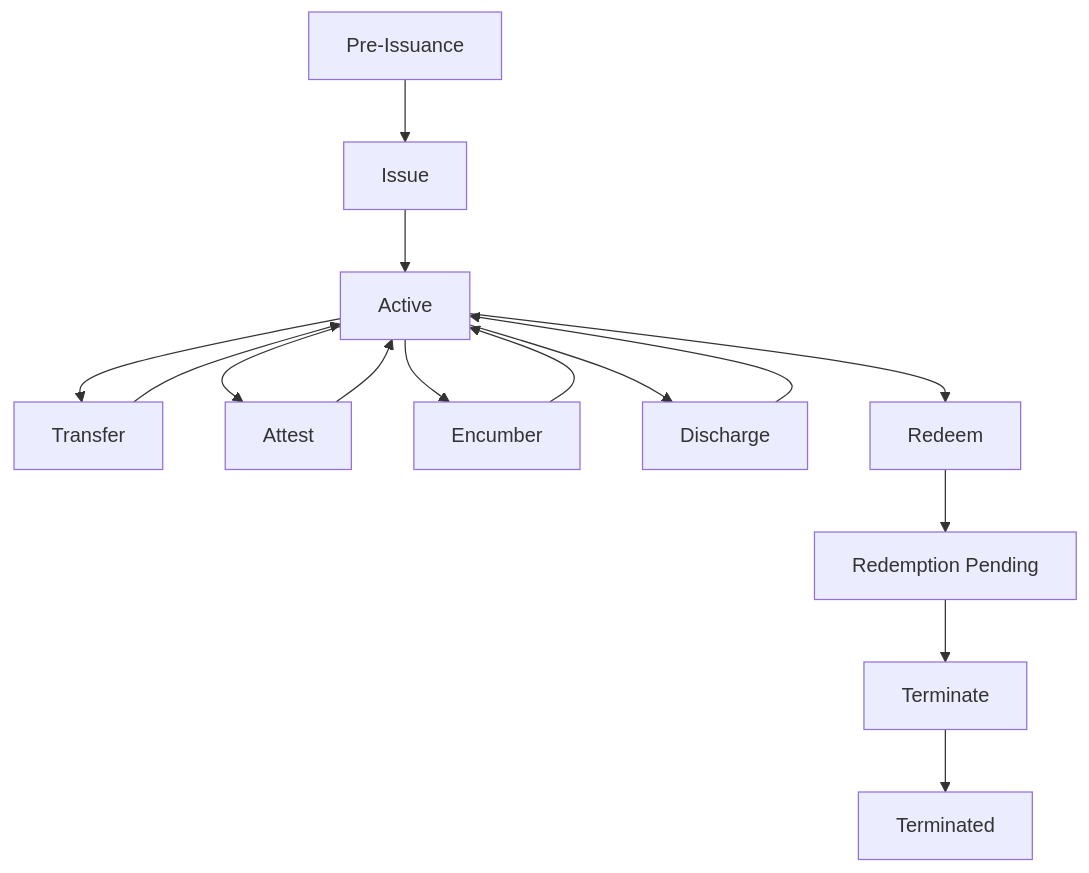
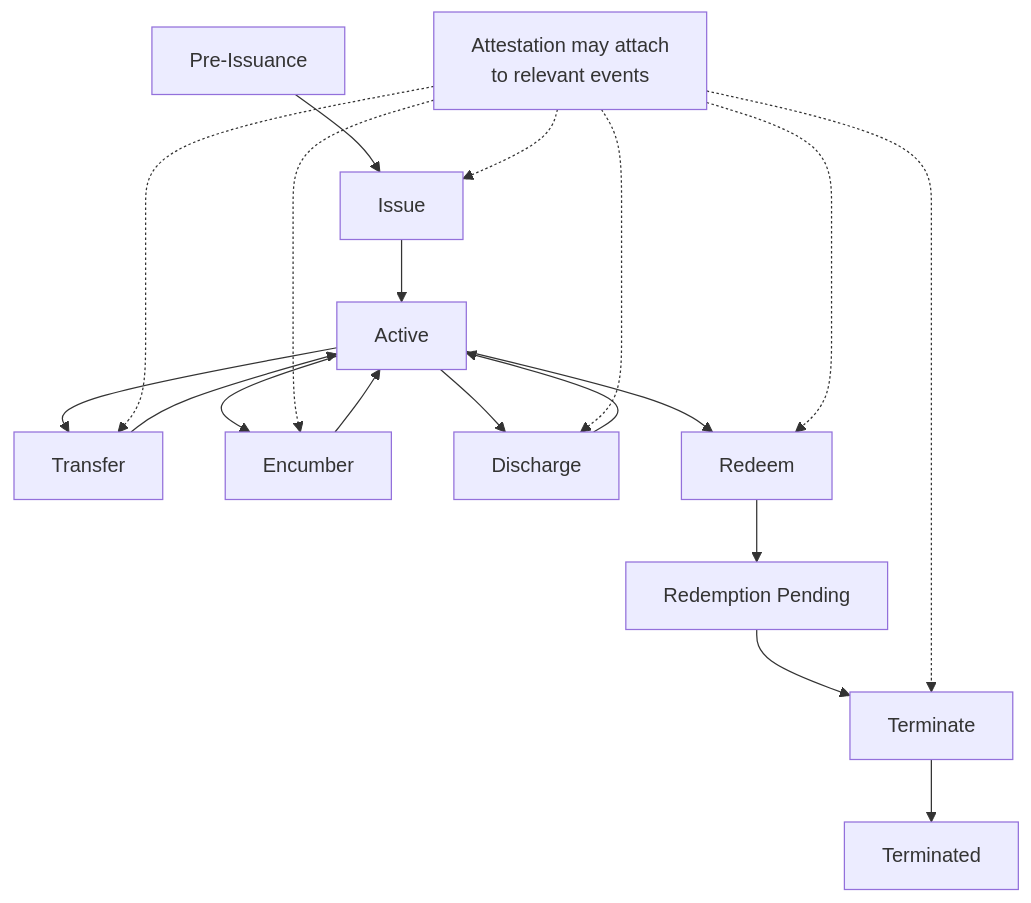
One commit to trbouma/openetr changed the fifth of 7 diagrams in docs/specs/CANONICAL_ETR_TRANSACTION_INFOGRAPHIC.md. Above: the diagram before and after it, drawn with Mermaid. The commit also changed other lines of this file, not shown here.

````diff
--- a/docs/specs/CANONICAL_ETR_TRANSACTION_INFOGRAPHIC.md
+++ b/docs/specs/CANONICAL_ETR_TRANSACTION_INFOGRAPHIC.md
@@ -70,17 +73,21 @@
 ```mermaid
 flowchart TD
     P["Pre-Issuance"] --> I["Issue"]
     I --> A["Active"]
     A --> T["Transfer"]
     T --> A
-    A --> AT["Attest"]
-    AT --> A
     A --> E["Encumber"]
     E --> A
     A --> D["Discharge"]
     D --> A
     A --> R["Redeem"]
     R --> RP["Redemption Pending"]
     RP --> X["Terminate"]
     X --> Z["Terminated"]
+    AT["Attestation may attach<br>to relevant events"] -.-> I
+    AT -.-> T
+    AT -.-> E
+    AT -.-> D
+    AT -.-> R
+    AT -.-> X
 ```
````
